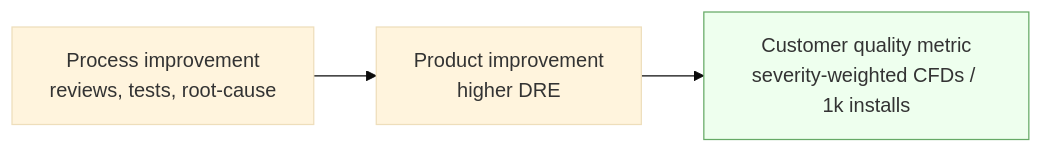
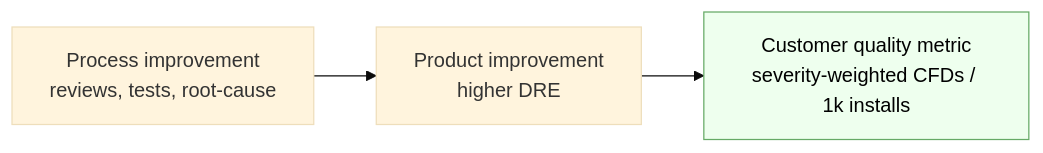
The third of 3 diagrams in chapters/10-quality-metrics/README.md (vrthra/open-swe-book), drawn with Mermaid (base theme) before and after one commit. The commit also changed other lines of this file and 9 other files, not shown here.

Commit message:
Fix for typos and diagrams in dark mode

````diff
--- a/chapters/10-quality-metrics/README.md
+++ b/chapters/10-quality-metrics/README.md
@@ -466,7 +467,7 @@
 ```mermaid
 flowchart LR
     P[Process improvement<br/>reviews, tests, root-cause] --> D[Product improvement<br/>higher DRE]
     D --> Q["Customer quality metric<br/>severity-weighted CFDs / 1k installs"]
-    classDef top fill:#efe,stroke:#6a6;
+    classDef top fill:#efe,stroke:#6a6,color:#000;
     class Q top;
 ```
````
